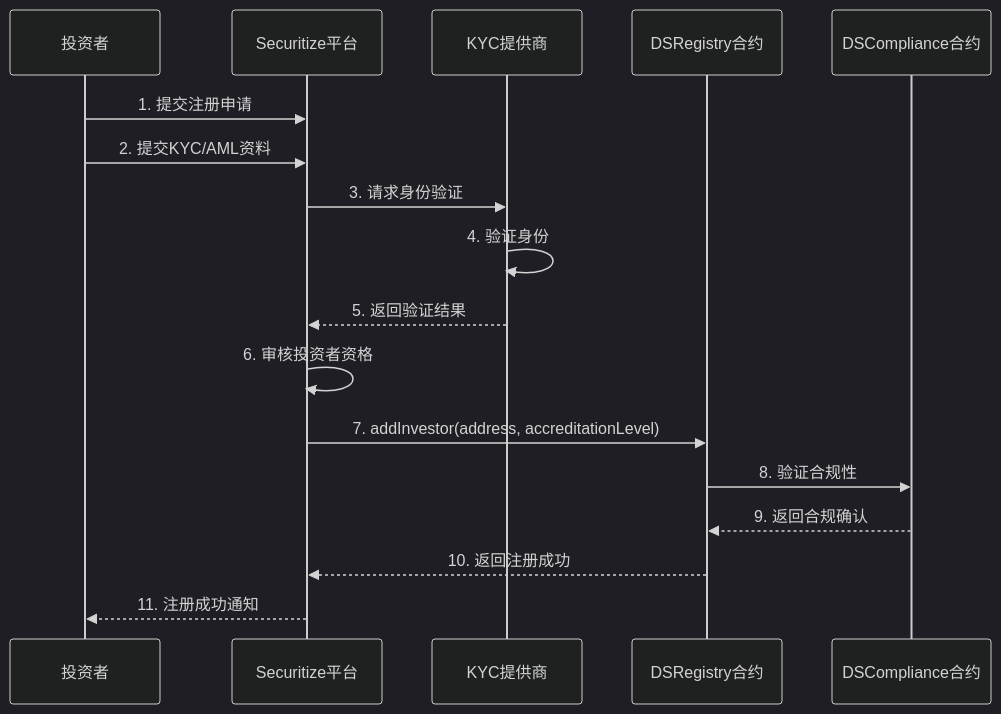
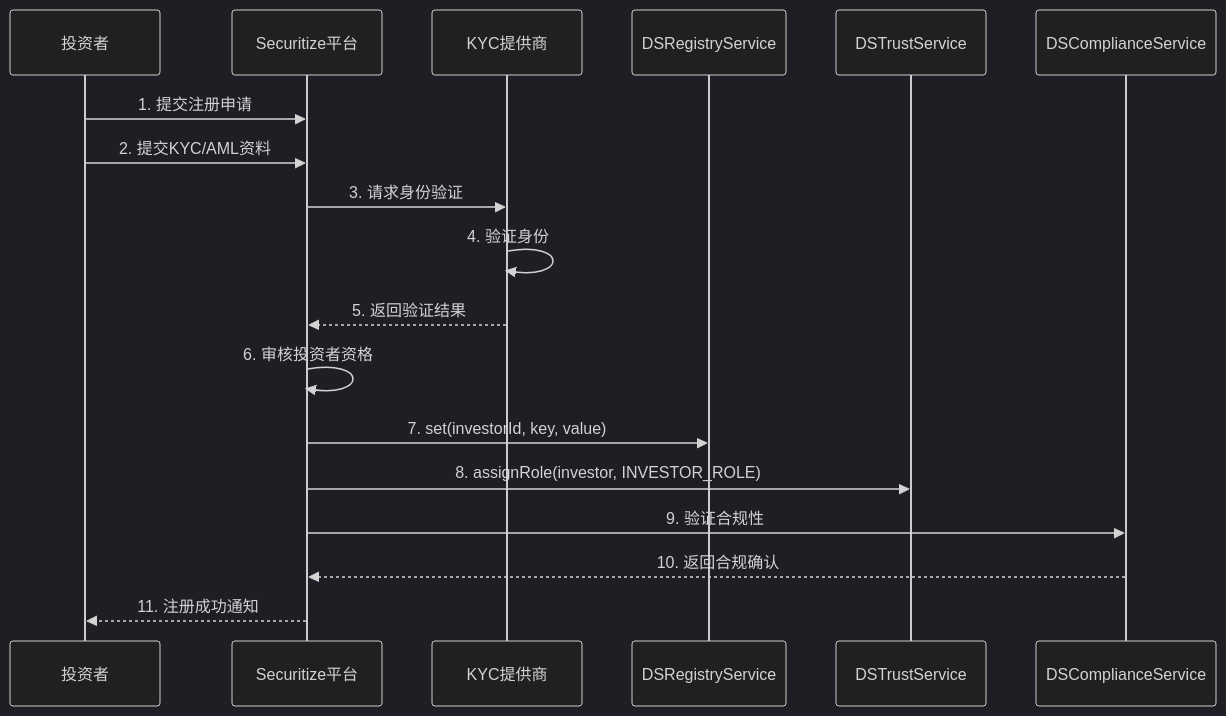
Before and after one commit to USDAble/rwa-husd-docs: the third of 4 diagrams in product-analysis/RWA-Protocols/Securitize/technical-deep-dive.md, drawn with Mermaid (dark theme). The commit also changed other lines of this file, not shown here.

````diff
--- a/product-analysis/RWA-Protocols/Securitize/technical-deep-dive.md
+++ b/product-analysis/RWA-Protocols/Securitize/technical-deep-dive.md
@@ -597,20 +605,21 @@
 ```mermaid
 sequenceDiagram
     participant Investor as 投资者
     participant Platform as Securitize平台
     participant KYC as KYC提供商
-    participant Registry as DSRegistry合约
-    participant Compliance as DSCompliance合约
+    participant Registry as DSRegistryService
+    participant Trust as DSTrustService
+    participant Compliance as DSComplianceService
 
     Investor->>Platform: 1. 提交注册申请
     Investor->>Platform: 2. 提交KYC/AML资料
     Platform->>KYC: 3. 请求身份验证
     KYC->>KYC: 4. 验证身份
     KYC-->>Platform: 5. 返回验证结果
     Platform->>Platform: 6. 审核投资者资格
-    Platform->>Registry: 7. addInvestor(address, accreditationLevel)
-    Registry->>Compliance: 8. 验证合规性
-    Compliance-->>Registry: 9. 返回合规确认
-    Registry-->>Platform: 10. 返回注册成功
+    Platform->>Registry: 7. set(investorId, key, value)
+    Platform->>Trust: 8. assignRole(investor, INVESTOR_ROLE)
+    Platform->>Compliance: 9. 验证合规性
+    Compliance-->>Platform: 10. 返回合规确认
     Platform-->>Investor: 11. 注册成功通知
 ```
````
